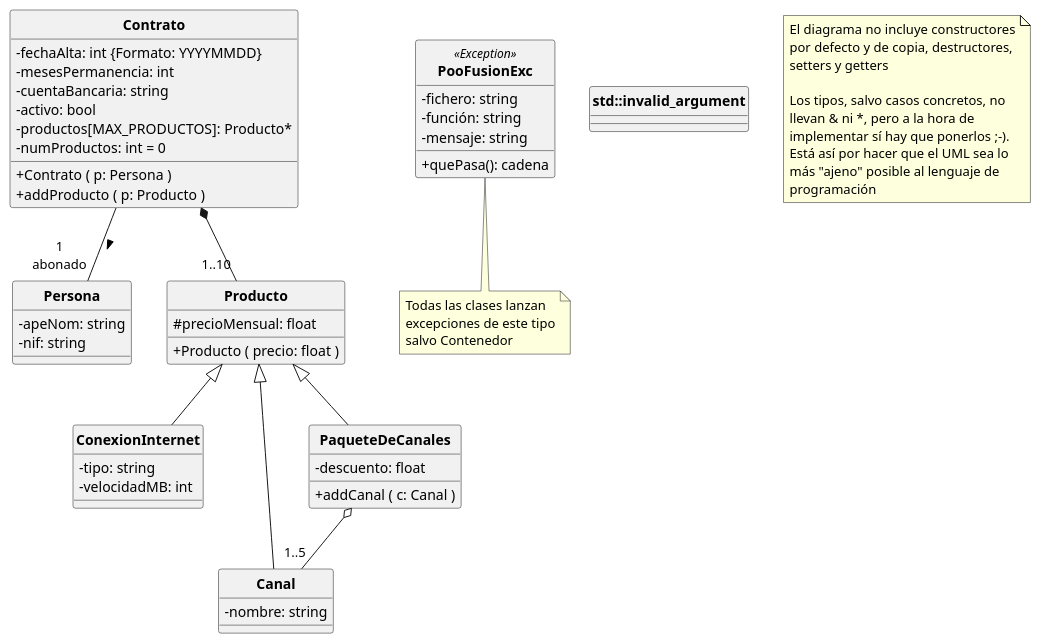
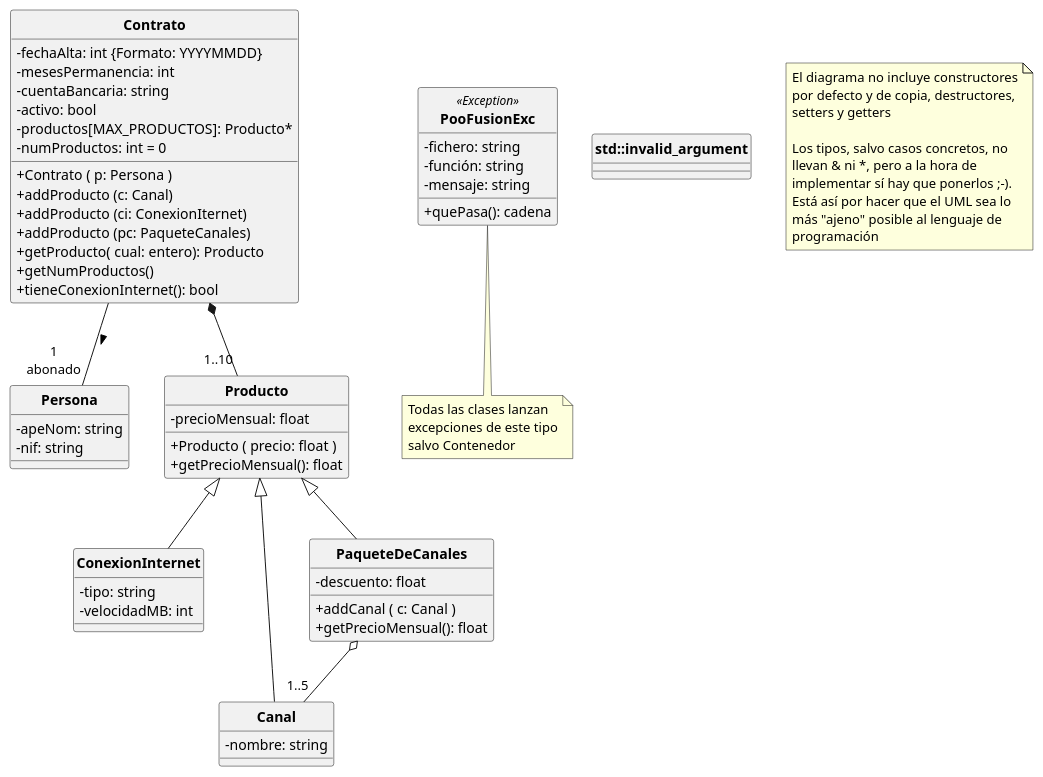
One commit to POOUJA/PooFusion changed the diagram in PooFusion.puml. Above: the diagram before and after it, drawn with PlantUML. The commit also changed 7 other files, not shown here.

Commit message:
Eliminados métodos para añadir un producto genérico y cálculo de precio de paquete

```diff
--- a/PooFusion.puml
+++ b/PooFusion.puml
@@ -1,77 +1,84 @@
 @startuml
 
 hide circle
 skinparam classattributeiconsize 0
 skinparam classFontStyle bold
 
 class Persona {
    - apeNom: string
    - nif: string
 }
 
 class Contrato {
    - fechaAlta: int {Formato: YYYYMMDD}
    - mesesPermanencia: int
    - cuentaBancaria: string
    - activo: bool
    - productos[MAX_PRODUCTOS]: Producto*
    - numProductos: int = 0
    + Contrato ( p: Persona )
-   + addProducto ( p: Producto )
+   + addProducto (c: Canal)
+   + addProducto (ci: ConexionIternet)
+   + addProducto (pc: PaqueteCanales)
+   + getProducto( cual: entero): Producto
+   + getNumProductos()
+   + tieneConexionInternet(): bool
 }
 
 class Producto {
-   # precioMensual: float
+   - precioMensual: float
    + Producto ( precio: float )
+   + getPrecioMensual(): float
 }
 
 class ConexionInternet {
    - tipo: string
    - velocidadMB: int
 }
 
 class Canal {
    - nombre: string
 }
 
 class PaqueteDeCanales {
    - descuento: float
    + addCanal ( c: Canal )
+   + getPrecioMensual(): float
 }
 
 
 class PooFusionExc<<Exception>> {
    - fichero: string
    - función: string
    - mensaje: string
    + quePasa(): cadena
 }
 note bottom of PooFusionExc
    Todas las clases lanzan
    excepciones de este tipo
    salvo Contenedor
 end note
 
 class std::invalid_argument
 
 Contrato -- "1\nabonado" Persona: >
 Producto <|-- ConexionInternet 
 Producto <|-- Canal
 Producto <|-- PaqueteDeCanales
 Contrato *-- "1..10" Producto
 PaqueteDeCanales o-- "1..5"Canal
 
 note as Nota1
    El diagrama no incluye constructores
    por defecto y de copia, destructores,
    setters y getters
 
    Los tipos, salvo casos concretos, no
    llevan & ni *, pero a la hora de
    implementar sí hay que ponerlos ;-). 
    Está así por hacer que el UML sea lo
    más "ajeno" posible al lenguaje de
    programación
 end note
 
 @enduml
```
